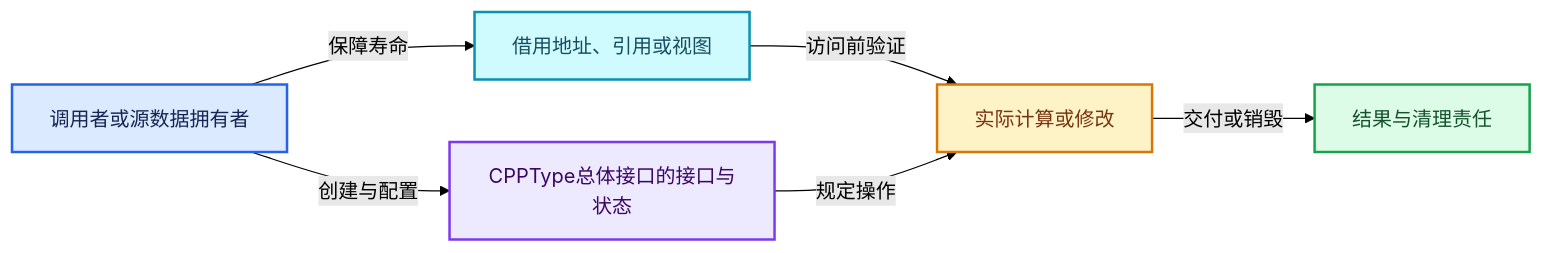
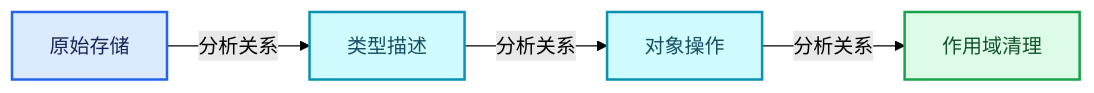
Before and after one commit to yunkezengren/blender-.vscode: the third of 4 diagrams in 杂/markdown/全面学习-codex/03-内存分配与运行时类型/06-CPPType总体接口.md, drawn with Mermaid (forest theme). The commit also changed other lines of this file and 1930 other files, not shown here.

````diff
--- a/杂/markdown/全面学习-codex/03-内存分配与运行时类型/06-CPPType总体接口.md
+++ b/杂/markdown/全面学习-codex/03-内存分配与运行时类型/06-CPPType总体接口.md
@@ -645,19 +57,16 @@
 ```mermaid
 flowchart LR
-  O["调用者或源数据拥有者"]:::input
-  V["CPPType总体接口的接口与状态"]:::abstraction
-  B["借用地址、引用或视图"]:::data
-  W["实际计算或修改"]:::compute
-  R["结果与清理责任"]:::result
-  O -->|"创建与配置"| V
-  O -->|"保障寿命"| B
-  B -->|"访问前验证"| W
-  V -->|"规定操作"| W
-  W -->|"交付或销毁"| R
+  P0["原始存储"]:::input
+  P1["类型描述"]:::data
+  P2["对象操作"]:::data
+  P3["作用域清理"]:::result
+  P0 -->|"分析关系"| P1
+  P1 -->|"分析关系"| P2
+  P2 -->|"分析关系"| P3
   classDef input fill:#DBEAFE,stroke:#2563EB,color:#172554,stroke-width:2px;
   classDef data fill:#CFFAFE,stroke:#0891B2,color:#164E63,stroke-width:2px;
   classDef abstraction fill:#EDE9FE,stroke:#7C3AED,color:#3B0764,stroke-width:2px;
   classDef compute fill:#FEF3C7,stroke:#D97706,color:#78350F,stroke-width:2px;
   classDef result fill:#DCFCE7,stroke:#16A34A,color:#14532D,stroke-width:2px;
   classDef error fill:#FEE2E2,stroke:#DC2626,color:#7F1D1D,stroke-width:2px;
 ```
````
